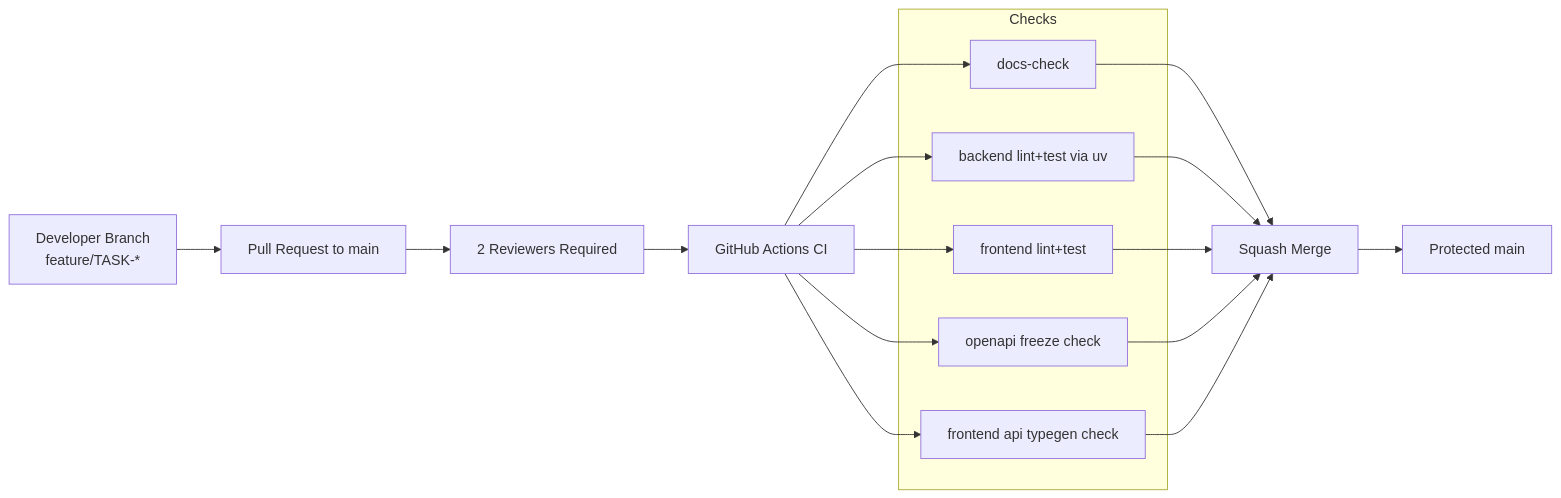
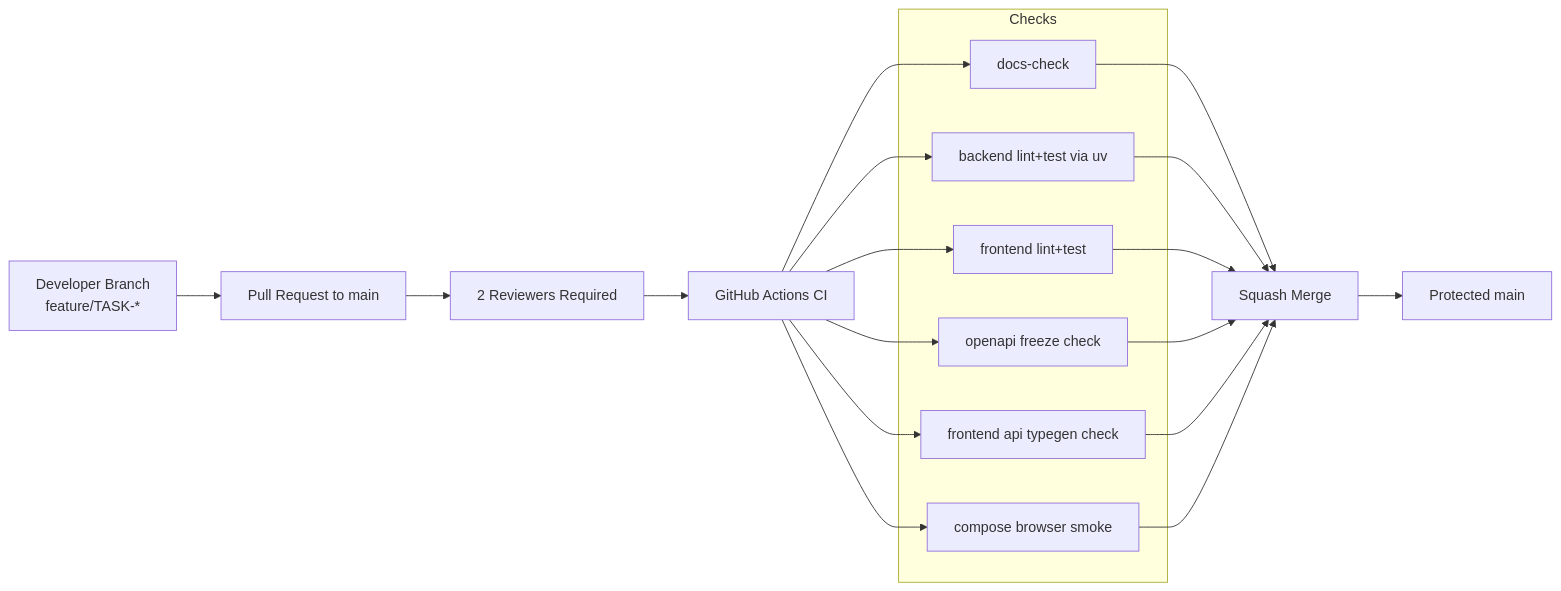
One commit to RubiFoc/hrm changed the eighth of 17 diagrams in docs/architecture/diagrams.md. Above: the diagram before and after it, drawn with Mermaid. The commit also changed other lines of this file and 39 other files, not shown here.

````diff
--- a/docs/architecture/diagrams.md
+++ b/docs/architecture/diagrams.md
@@ -262,27 +279,30 @@
 ```mermaid
 flowchart LR
   DEV[Developer Branch\nfeature/TASK-*] --> PR[Pull Request to main]
   PR --> REV[2 Reviewers Required]
   REV --> CI[GitHub Actions CI]
 
   subgraph Checks
     DOCS[docs-check]
     BE[backend lint+test via uv]
     FE[frontend lint+test]
     OAPI[openapi freeze check]
     FECG[frontend api typegen check]
+    BSMOKE[compose browser smoke]
   end
 
   CI --> DOCS
   CI --> BE
   CI --> FE
   CI --> OAPI
   CI --> FECG
+  CI --> BSMOKE
 
   DOCS --> MERGE[Squash Merge]
   BE --> MERGE
   FE --> MERGE
   OAPI --> MERGE
   FECG --> MERGE
+  BSMOKE --> MERGE
   MERGE --> MAIN[Protected main]
 ```
````
